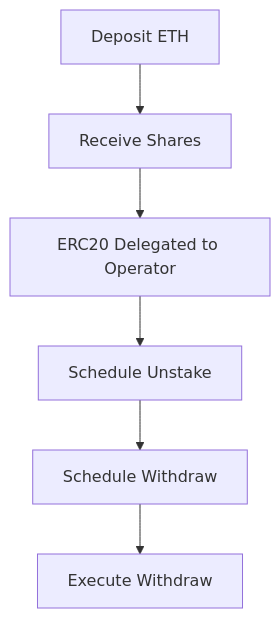
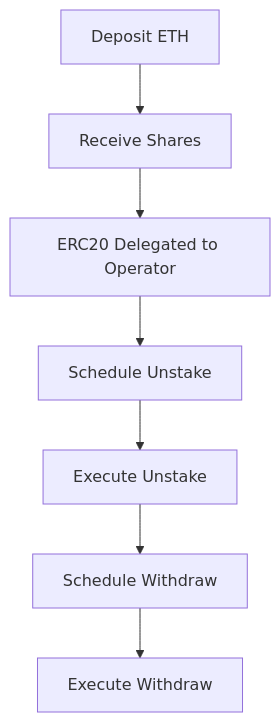
Before and after one commit to tangle-network/lrt: the diagram in README.md, drawn with Mermaid.

Commit message:
chore: flow diagram

````diff
--- a/README.md
+++ b/README.md
@@ -40,8 +40,9 @@
 ```mermaid
 graph TD
 A[Deposit ETH] --> B[Receive Shares]
 B --> C[ERC20 Delegated to Operator]
 C --> D[Schedule Unstake]
-D --> E[Schedule Withdraw]
-E --> F[Execute Withdraw]
+D --> E[Execute Unstake]
+E --> F[Schedule Withdraw]
+F --> G[Execute Withdraw]
 ```
````
